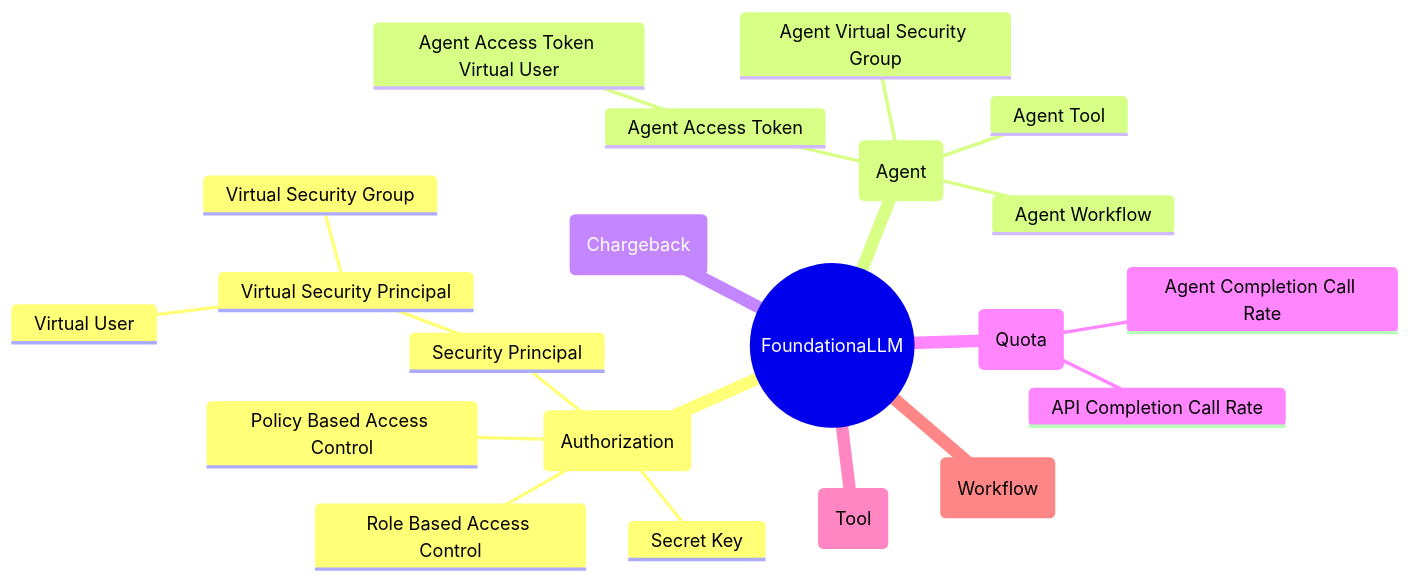
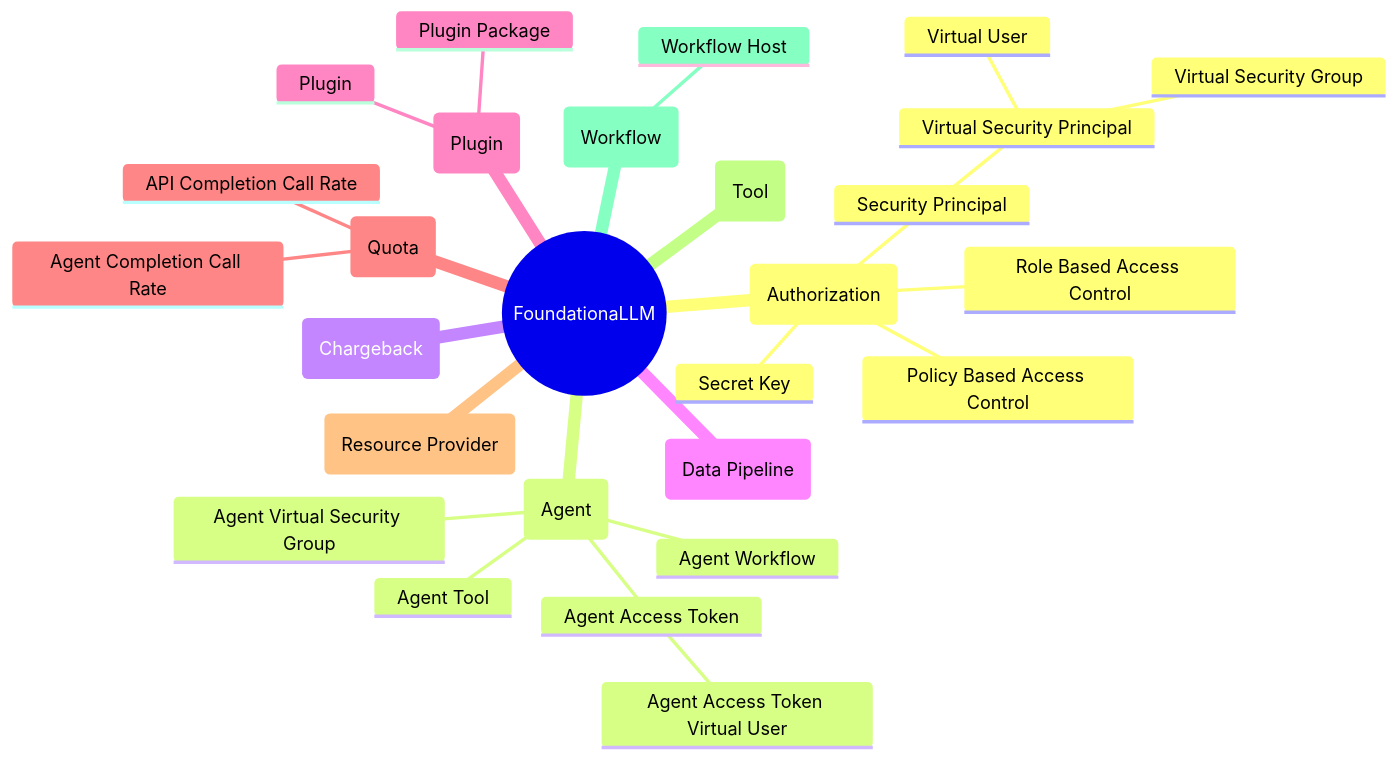
One commit to foundationallm/foundationallm changed the diagram in docs/concepts/index.md. Above: the diagram before and after it, drawn with Mermaid. The commit also changed other lines of this file and 2 other files, not shown here.

Commit message:
Add plugins and plugin packages to docs

````diff
--- a/docs/concepts/index.md
+++ b/docs/concepts/index.md
@@ -5,25 +5,31 @@
 ```mermaid
 mindmap
     root((FoundationaLLM))
     :::link:https://docs.foundationallm.ai
         (Authorization)
             Secret Key
             Role Based Access Control
             Policy Based Access Control
             Security Principal
                 Virtual Security Principal
                     Virtual User
                     Virtual Security Group
         (Agent)
             Agent Workflow
             Agent Tool
             Agent Access Token
                 Agent Access Token Virtual User
             Agent Virtual Security Group
         (Chargeback)
+        (Data Pipeline)
+        (Plugin)
+            Plugin Package
+            Plugin
         (Quota)
             API Completion Call Rate
             Agent Completion Call Rate
+        (Resource Provider)
         (Tool)
         (Workflow)
+            Workflow Host
 ```
````
